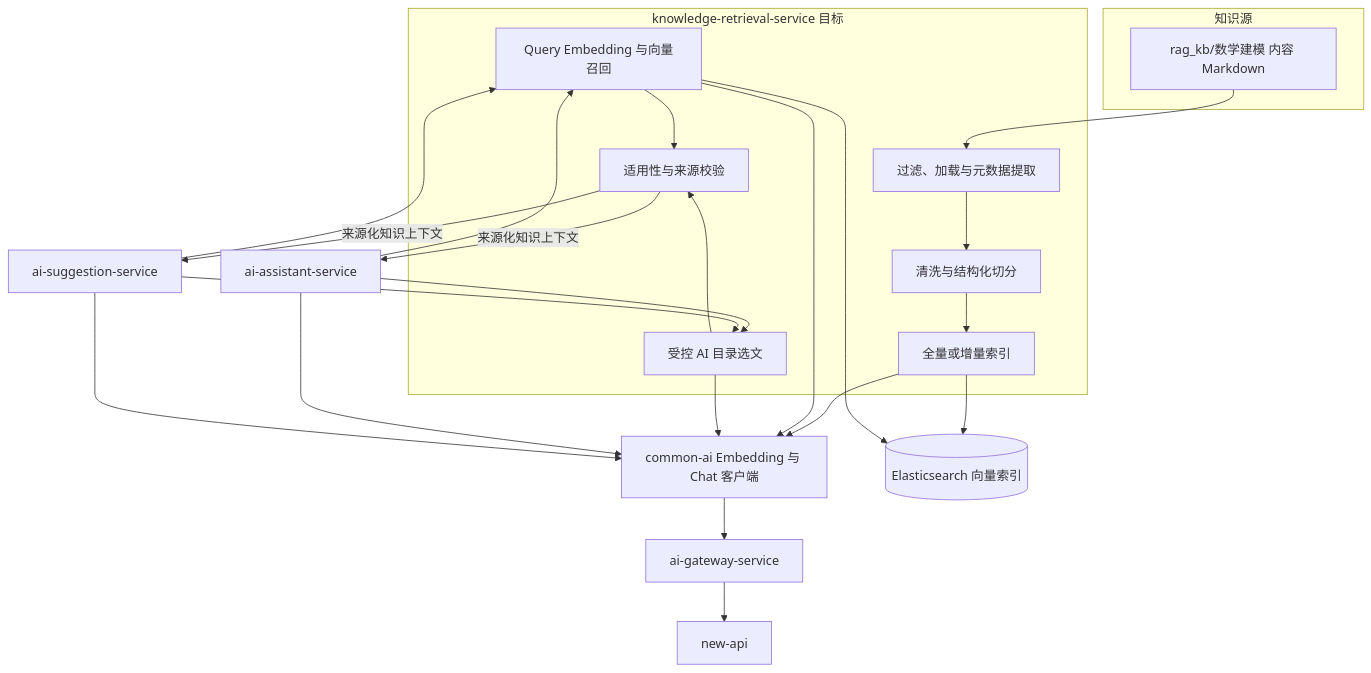
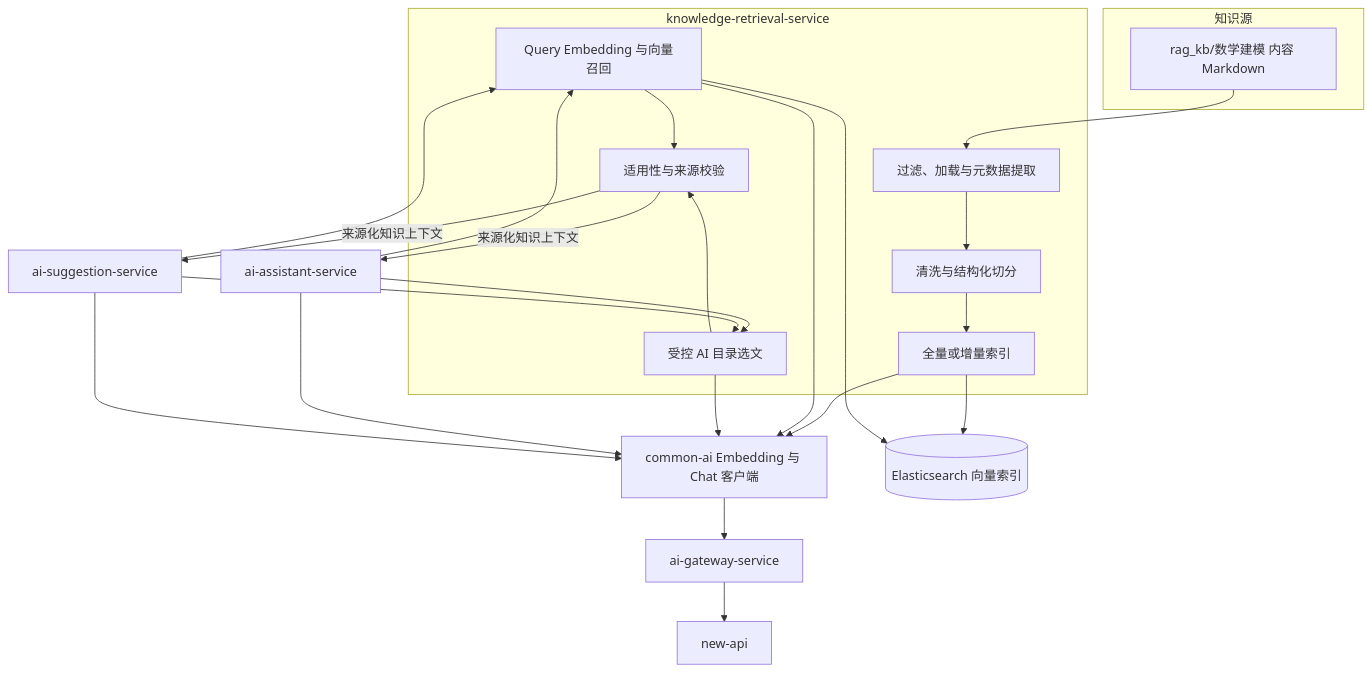
The first of 2 diagrams in docs/project/02-架构设计/RAG知识库.md (Dorian7Alden/LeetModel), drawn with Mermaid before and after one commit. The commit also changed other lines of this file and 21 other files, not shown here.

````diff
--- a/docs/project/02-架构设计/RAG知识库.md
+++ b/docs/project/02-架构设计/RAG知识库.md
@@ -32,40 +32,40 @@
 ```mermaid
 flowchart TB
     subgraph source[知识源]
         content[rag_kb/数学建模 内容 Markdown]
     end
 
-    subgraph retrieval[knowledge-retrieval-service 目标]
+    subgraph retrieval[knowledge-retrieval-service]
         loader[过滤、加载与元数据提取]
         cleaner[清洗与结构化切分]
         indexer[全量或增量索引]
         retriever[Query Embedding 与向量召回]
         navigation[受控 AI 目录选文]
         validate[适用性与来源校验]
     end
 
     assistant[ai-assistant-service]
     suggestion[ai-suggestion-service]
 
     commonAi[common-ai Embedding 与 Chat 客户端]
     aiGateway[ai-gateway-service]
     newApi[new-api]
     es[(Elasticsearch 向量索引)]
 
     content --> loader --> cleaner --> indexer
     indexer --> commonAi --> aiGateway --> newApi
     indexer --> es
     assistant --> retriever
     suggestion --> retriever
     assistant --> navigation
     suggestion --> navigation
     retriever --> commonAi
     retriever --> es
     navigation --> commonAi
     retriever --> validate
     navigation --> validate
     validate -->|来源化知识上下文| assistant
     validate -->|来源化知识上下文| suggestion
     assistant --> commonAi
     suggestion --> commonAi
 ```
````
